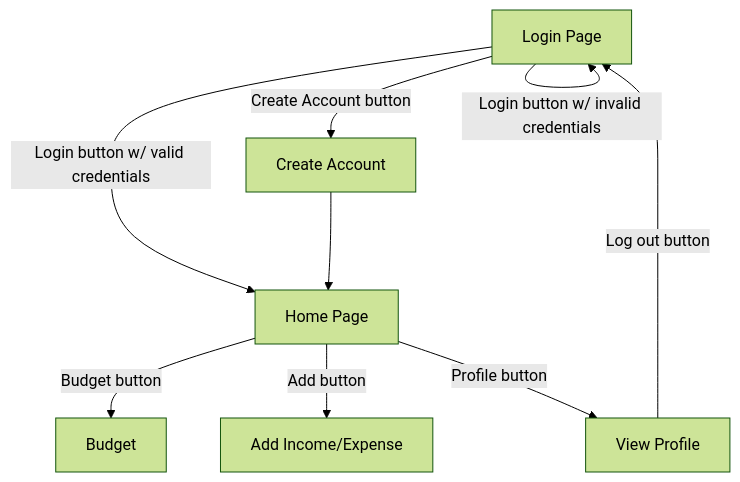
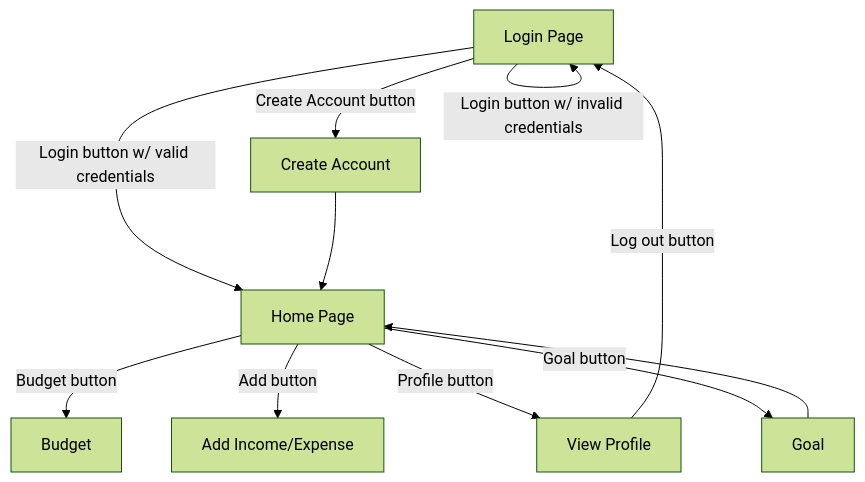
One commit to The-Cool-Kids-2024/BudgetingApp changed the diagram in deliverables/design-specs.md. Above: the diagram before and after it, drawn with Mermaid (forest theme).

````diff
--- a/deliverables/design-specs.md
+++ b/deliverables/design-specs.md
@@ -25,11 +25,12 @@
 ```mermaid
 flowchart TD;
     A[Login Page] --"Create Account" button --> B[Create Account]
     A -- "Login" button w/ valid credentials --> C[Home Page]
     A -- "Login" button w/ invalid credentials --> A
     B --> C
     C -- "Budget" button --> D[Budget]
     C -- "Add" button --> E[Add Income/Expense]
     C -- "Profile" button --> F[View Profile]
+    C -- "Goal" button --> G[Goal] -->C
     F -- "Log out" button --> A
 ```
````
